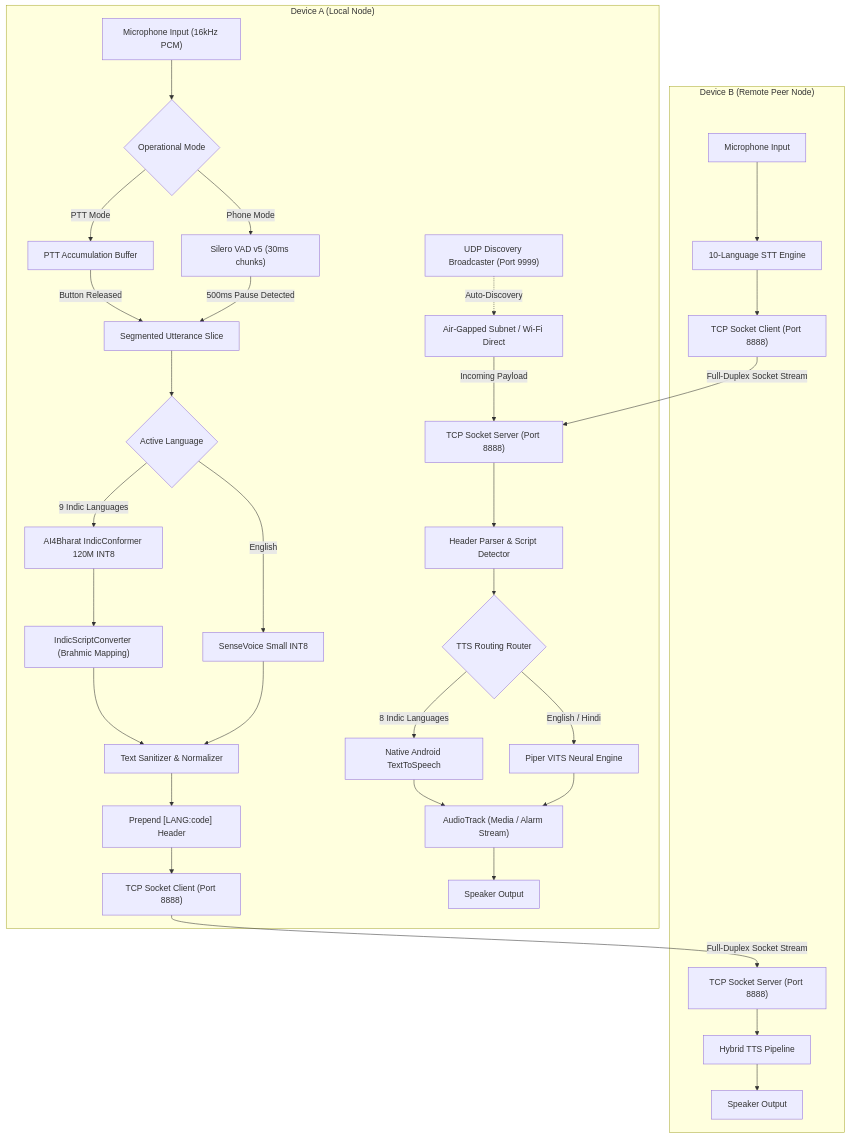
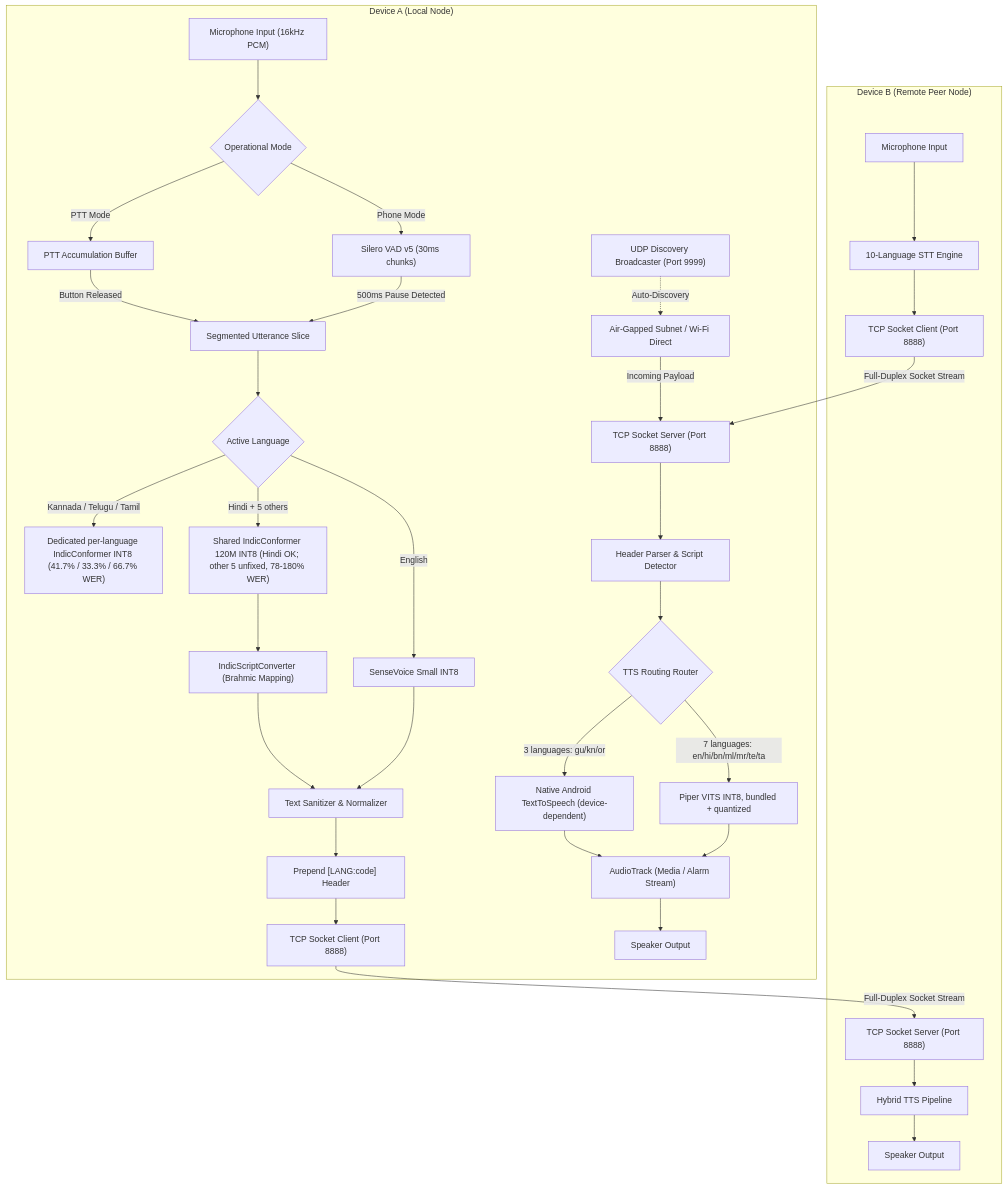
One commit to NipunAdarsh/Itantra changed the diagram in README.md. Above: the diagram before and after it, drawn with Mermaid. The commit also changed other lines of this file and 141 other files, not shown here.

````diff
--- a/README.md
+++ b/README.md
@@ -66,45 +72,46 @@
 ```mermaid
 flowchart TD
     subgraph DeviceA ["Device A (Local Node)"]
         MicA["Microphone Input (16kHz PCM)"] --> ModeCheck{"Operational Mode"}
         
         ModeCheck -->|PTT Mode| PTTBuffer["PTT Accumulation Buffer"]
         ModeCheck -->|Phone Mode| SileroVADA["Silero VAD v5 (30ms chunks)"]
         
         SileroVADA -->|500ms Pause Detected| UtteranceSliceA["Segmented Utterance Slice"]
         PTTBuffer -->|Button Released| UtteranceSliceA
         
         UtteranceSliceA --> STTSelector{"Active Language"}
         STTSelector -->|English| SenseVoiceA["SenseVoice Small INT8"]
-        STTSelector -->|9 Indic Languages| IndicConformerA["AI4Bharat IndicConformer 120M INT8"]
+        STTSelector -->|"Kannada / Telugu / Tamil"| DedicatedA["Dedicated per-language IndicConformer INT8 (41.7% / 33.3% / 66.7% WER)"]
+        STTSelector -->|"Hindi + 5 others"| IndicConformerA["Shared IndicConformer 120M INT8 (Hindi OK; other 5 unfixed, 78-180% WER)"]
         
         SenseVoiceA --> SanitizerA["Text Sanitizer & Normalizer"]
         IndicConformerA --> ScriptConvA["IndicScriptConverter (Brahmic Mapping)"]
         ScriptConvA --> SanitizerA
         
         SanitizerA --> HeaderWrapA["Prepend [LANG:code] Header"]
         HeaderWrapA --> TCPSendA["TCP Socket Client (Port 8888)"]
         UDPBrdA["UDP Discovery Broadcaster (Port 9999)"] -.->|Auto-Discovery| Subnet["Air-Gapped Subnet / Wi-Fi Direct"]
         
         Subnet -->|Incoming Payload| TCPRecvA["TCP Socket Server (Port 8888)"]
         TCPRecvA --> HeaderParseA["Header Parser & Script Detector"]
         HeaderParseA --> TTSSelectA{"TTS Routing Router"}
         
-        TTSSelectA -->|English / Hindi| PiperA["Piper VITS Neural Engine"]
-        TTSSelectA -->|8 Indic Languages| NativeTTSA["Native Android TextToSpeech"]
+        TTSSelectA -->|"7 languages: en/hi/bn/ml/mr/te/ta"| PiperA["Piper VITS INT8, bundled + quantized"]
+        TTSSelectA -->|"3 languages: gu/kn/or"| NativeTTSA["Native Android TextToSpeech (device-dependent)"]
         
         PiperA --> AudioOutA["AudioTrack (Media / Alarm Stream)"]
         NativeTTSA --> AudioOutA
         AudioOutA --> SpkA["Speaker Output"]
     end
 
     subgraph DeviceB ["Device B (Remote Peer Node)"]
         TCPSendA -->|Full-Duplex Socket Stream| TCPRecvB["TCP Socket Server (Port 8888)"]
         TCPRecvB --> TTSB["Hybrid TTS Pipeline"]
         TTSB --> SpkB["Speaker Output"]
         
         MicB["Microphone Input"] --> STTB["10-Language STT Engine"]
         STTB --> TCPSendB["TCP Socket Client (Port 8888)"]
         TCPSendB -->|Full-Duplex Socket Stream| TCPRecvA
     end
 ```
````
